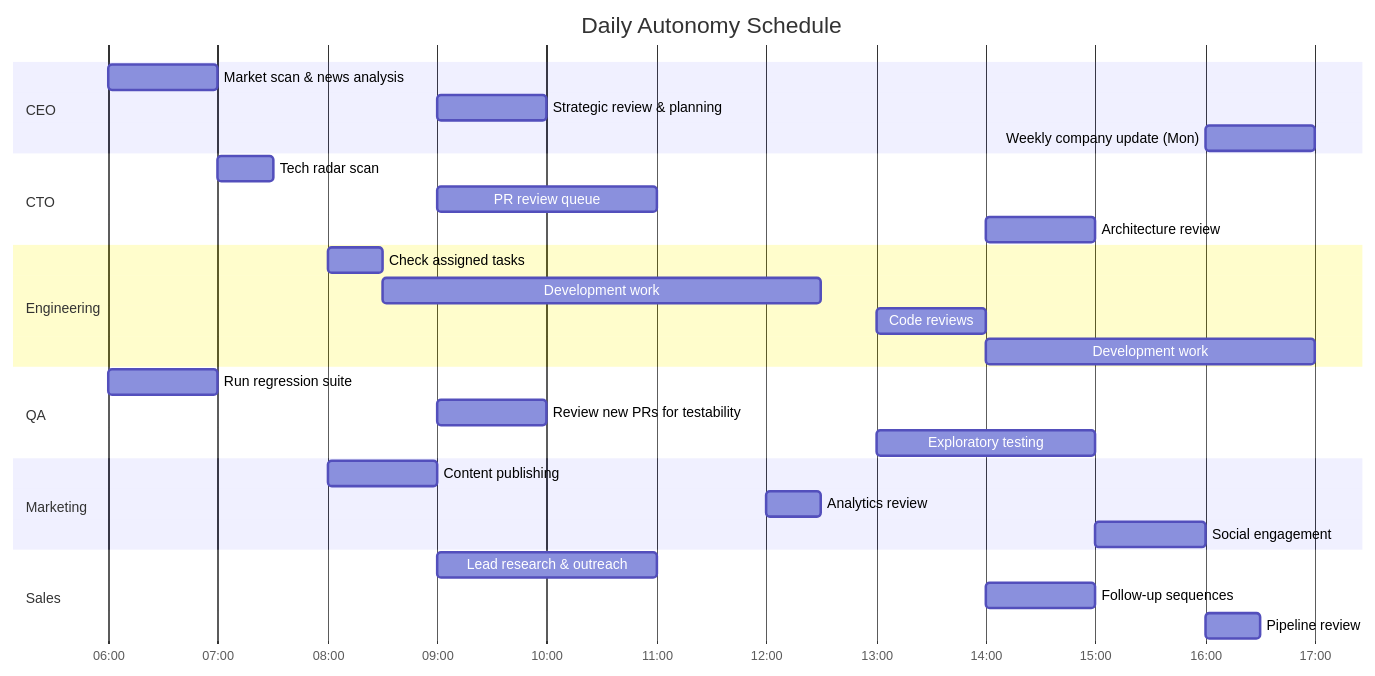
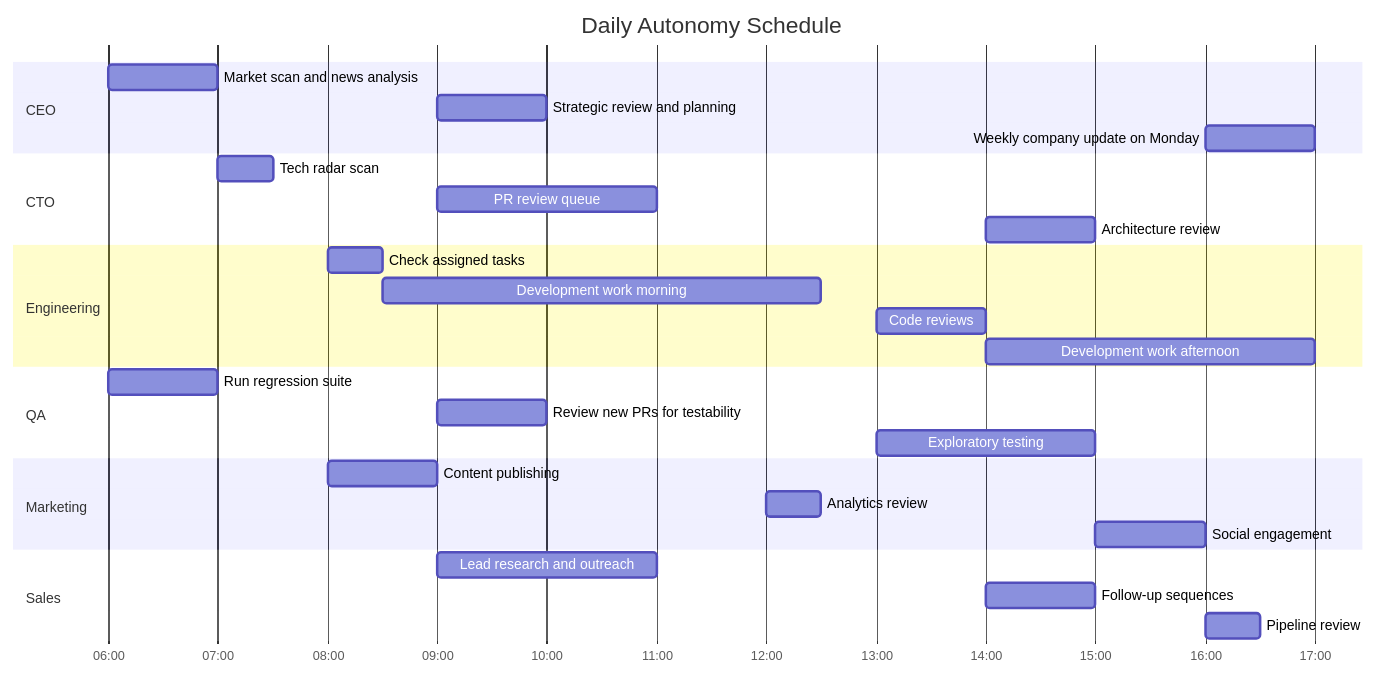
One commit to subzone/my-it-crew changed the tenth of 11 diagrams in plan.md. Above: the diagram before and after it, drawn with Mermaid. The commit also changed other lines of this file, not shown here.

Commit message:
fix: resolve Mermaid parse errors — use quoted labels instead of angle brackets and parentheses

````diff
--- a/plan.md
+++ b/plan.md
@@ -530,37 +530,37 @@
 ```mermaid
 gantt
     title Daily Autonomy Schedule
     dateFormat HH:mm
     axisFormat %H:%M
     
     section CEO
-    Market scan & news analysis      :06:00, 1h
-    Strategic review & planning      :09:00, 1h
-    Weekly company update (Mon)      :16:00, 1h
+    Market scan and news analysis    :06:00, 1h
+    Strategic review and planning    :09:00, 1h
+    Weekly company update on Monday  :16:00, 1h
     
     section CTO
     Tech radar scan                  :07:00, 30m
     PR review queue                  :09:00, 2h
     Architecture review              :14:00, 1h
     
     section Engineering
     Check assigned tasks             :08:00, 30m
-    Development work                 :08:30, 4h
+    Development work morning         :08:30, 4h
     Code reviews                     :13:00, 1h
-    Development work                 :14:00, 3h
+    Development work afternoon       :14:00, 3h
     
     section QA
     Run regression suite             :06:00, 1h
     Review new PRs for testability   :09:00, 1h
     Exploratory testing              :13:00, 2h
     
     section Marketing
     Content publishing               :08:00, 1h
     Analytics review                 :12:00, 30m
     Social engagement                :15:00, 1h
     
     section Sales
-    Lead research & outreach         :09:00, 2h
+    Lead research and outreach       :09:00, 2h
     Follow-up sequences              :14:00, 1h
     Pipeline review                  :16:00, 30m
 ```
````
